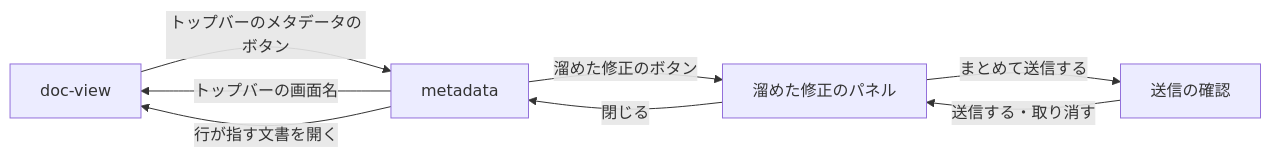
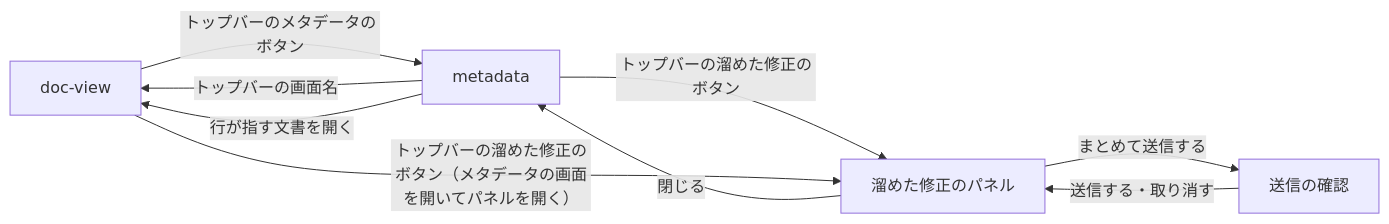
The diagram in docs/pr/313/画面.mark.md (shuhei1101/dev-docs), drawn with Mermaid before and after one commit. The commit also changed other lines of this file, not shown here.

````diff
--- a/docs/pr/313/画面.mark.md
+++ b/docs/pr/313/画面.mark.md
@@ -68,10 +68,11 @@
 ```mermaid
 flowchart LR
   A[doc-view] -->|トップバーのメタデータのボタン| B[metadata]
   B -->|トップバーの画面名| A
   B -->|行が指す文書を開く| A
-  B -->|溜めた修正のボタン| C[溜めた修正のパネル]
+  B -->|トップバーの溜めた修正のボタン| C[溜めた修正のパネル]
+  A -->|トップバーの溜めた修正のボタン（メタデータの画面を開いてパネルを開く）| C
   C -->|閉じる| B
   C -->|まとめて送信する| D[送信の確認]
   D -->|送信する・取り消す| C
 ```
````
